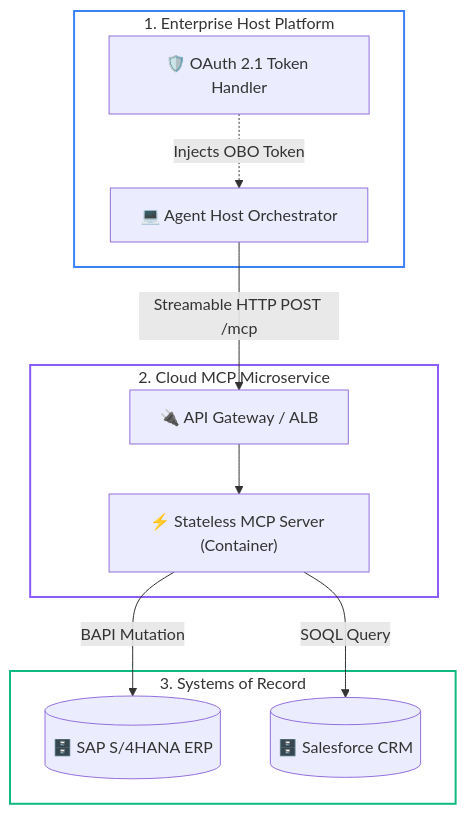
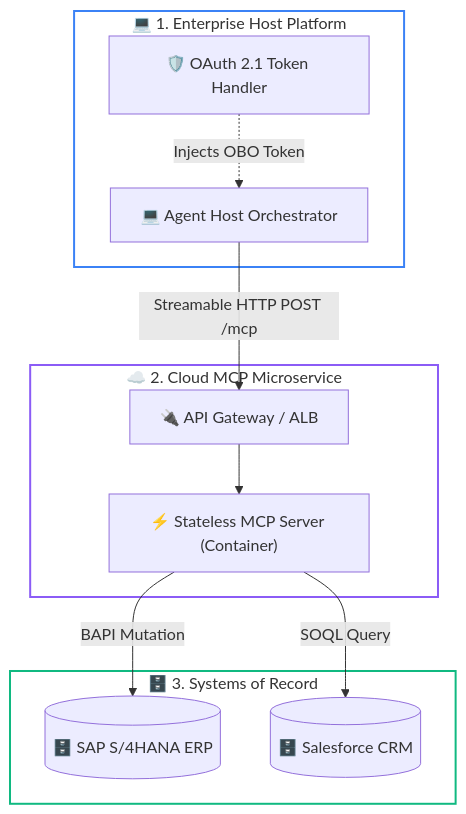
One commit to dip4k/senior-engineer-to-ai-engineer-roadmap changed the second of 3 diagrams in 03-tools-and-model-context-protocol/README.md. Above: the diagram before and after it, drawn with Mermaid. The commit also changed other lines of this file and 94 other files, not shown here.

Commit message:
refactor(curriculum): complete Phase 04 upgrade and enforce diagram renderer invariants

````diff
--- a/03-tools-and-model-context-protocol/README.md
+++ b/03-tools-and-model-context-protocol/README.md
@@ -95,25 +95,25 @@
 ```mermaid
 flowchart TD
-    subgraph Host["1. Enterprise Host Platform"]
+    subgraph Host["💻 1. Enterprise Host Platform"]
         AgentCore["💻 Agent Host Orchestrator"]
         TokenHandler["🛡️ OAuth 2.1 Token Handler"]
         TokenHandler -.->|"Injects OBO Token"| AgentCore
     end
 
-    subgraph CloudInfra["2. Cloud MCP Microservice"]
+    subgraph CloudInfra["☁️ 2. Cloud MCP Microservice"]
         Gateway["🔌 API Gateway / ALB"] --> Server["⚡ Stateless MCP Server (Container)"]
     end
 
-    subgraph Backend["3. Systems of Record"]
+    subgraph Backend["🗄️ 3. Systems of Record"]
         ERP[("🗄️ SAP S/4HANA ERP")]
         CRM[("🗄️ Salesforce CRM")]
     end
 
     AgentCore -->|"Streamable HTTP POST /mcp"| Gateway
     Server -->|"BAPI Mutation"| ERP
     Server -->|"SOQL Query"| CRM
 
     style Host fill:none,stroke:#3b82f6,stroke-width:2px;
     style CloudInfra fill:none,stroke:#8b5cf6,stroke-width:2px;
     style Backend fill:none,stroke:#10b981,stroke-width:2px;
 ```
````
